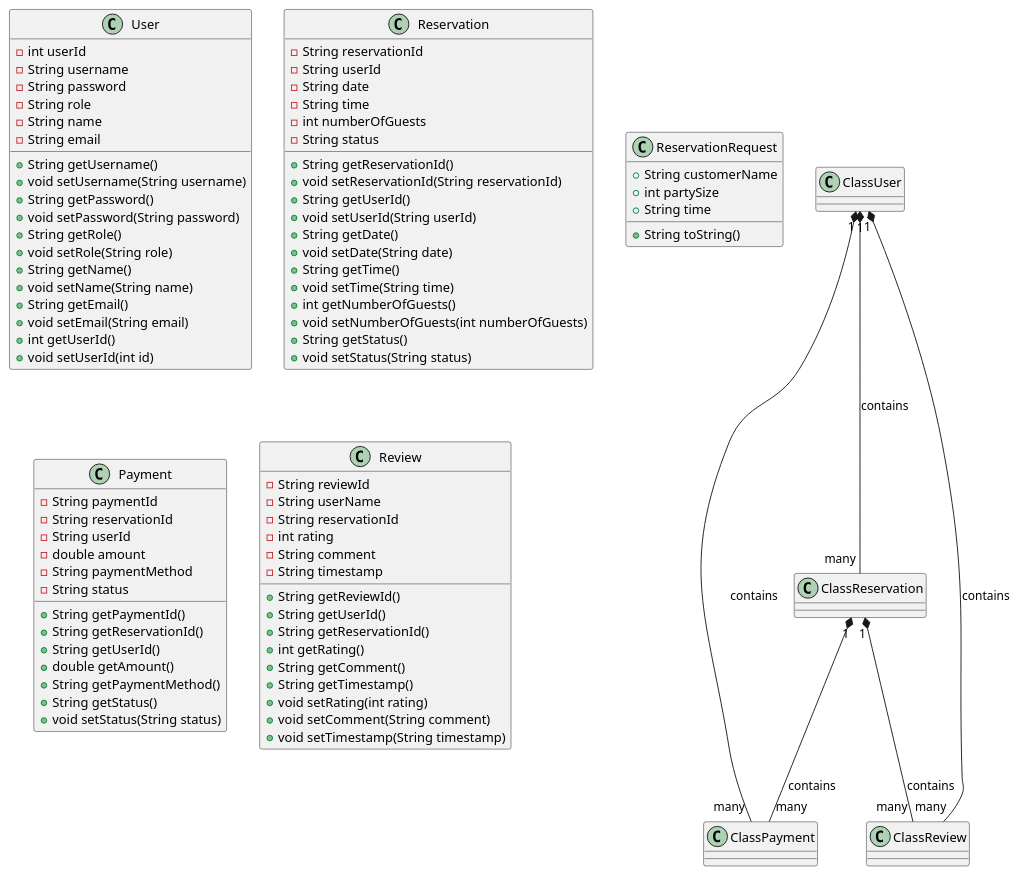
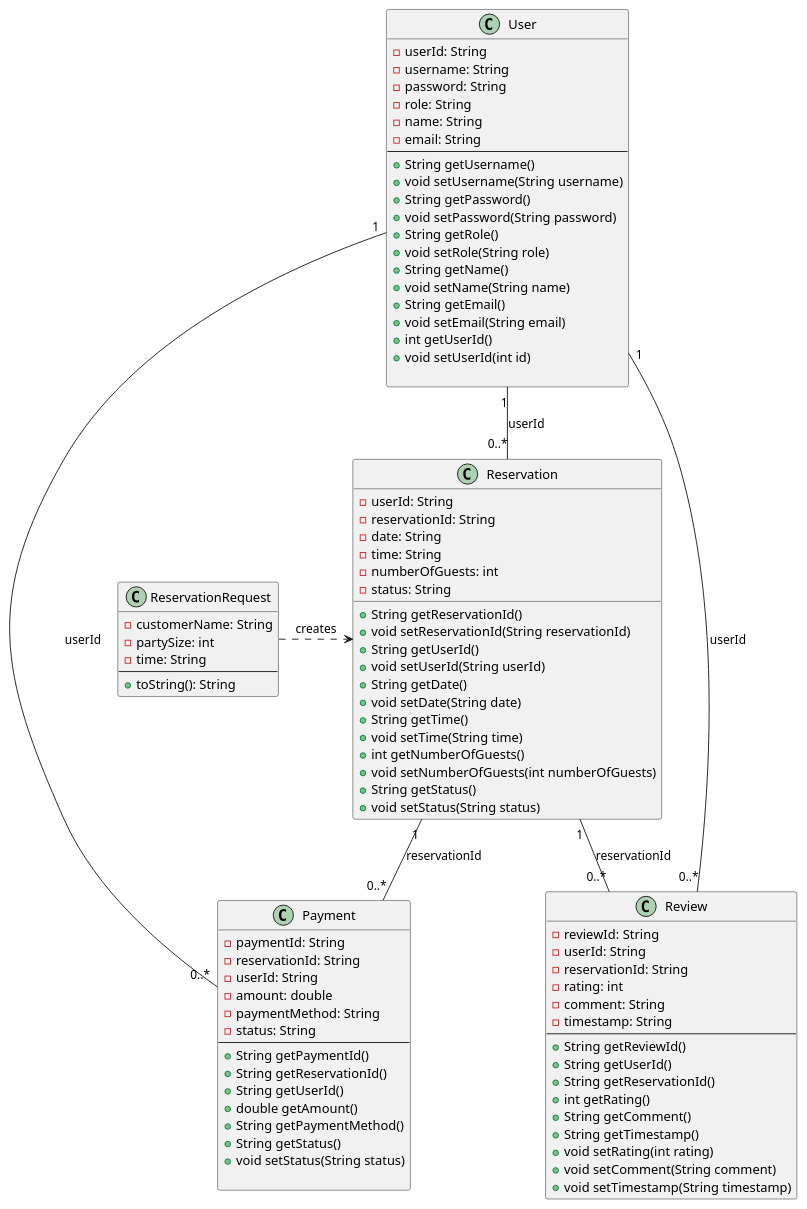
Before and after one commit to Pamindu-Rashmitha/RestaurantTableReservationPlatform-1-: the diagram in src/Restaurant-Table-Reservation-Platform.puml, drawn with PlantUML.

```diff
--- a/src/Restaurant-Table-Reservation-Platform.puml
+++ b/src/Restaurant-Table-Reservation-Platform.puml
@@ -1,105 +1,100 @@
 @startuml
-class User{
-    - int userId
-    - String username
-    - String password
-    - String role
-    - String name
-    - String email
-
-    + String getUsername()
-    + void setUsername(String username)
-    + String getPassword()
-    + void setPassword(String password)
-    + String getRole()
-    + void setRole(String role)
-    + String getName()
-    + void setName(String name)
-    + String getEmail()
-    + void setEmail(String email)
-    + int getUserId()
-    + void setUserId(int id)
-}
-
-class Reservation{
-      -String reservationId
-      - String userId
-      - String date
-      - String time
-      - int numberOfGuests
-      - String status
-
-      + String getReservationId()
-      + void setReservationId(String reservationId)
-      + String getUserId()
-      + void setUserId(String userId)
-      + String getDate()
-      + void setDate(String date)
-      + String getTime()
-      + void setTime(String time)
-      + int getNumberOfGuests()
-      + void setNumberOfGuests(int numberOfGuests)
-      + String getStatus()
-      + void setStatus(String status)
+class "User" {
+  - userId: String
+  - username: String
+  - password: String
+  - role: String
+  - name: String
+  - email: String
+  --
+      + String getUsername()
+      + void setUsername(String username)
+      + String getPassword()
+      + void setPassword(String password)
+      + String getRole()
+      + void setRole(String role)
+      + String getName()
+      + void setName(String name)
+      + String getEmail()
+      + void setEmail(String email)
+      + int getUserId()
+      + void setUserId(int id)
 
 }
 
-class ReservationRequest {
-    + String customerName
-    + int partySize
-    + String time
+class "Reservation" {
+  - userId: String
+  - reservationId: String
+  - date: String
+  - time: String
+  - numberOfGuests: int
+  - status: String
 
-    +String toString()
+        + String getReservationId()
+        + void setReservationId(String reservationId)
+        + String getUserId()
+        + void setUserId(String userId)
+        + String getDate()
+        + void setDate(String date)
+        + String getTime()
+        + void setTime(String time)
+        + int getNumberOfGuests()
+        + void setNumberOfGuests(int numberOfGuests)
+        + String getStatus()
+        + void setStatus(String status)
 
 }
 
-class Payment {
+class "ReservationRequest" {
+  - customerName: String
+  - partySize: int
+  - time: String
+  --
+  + toString(): String
+}
 
-   - String paymentId
-   - String reservationId
-   - String userId
-   - double amount
-   - String paymentMethod
-   - String status
-
-   + String getPaymentId()
-   + String getReservationId()
-   + String getUserId()
-   + double getAmount()
-   + String getPaymentMethod()
-   + String getStatus()
-   + void setStatus(String status)
+class "Payment" {
+  - paymentId: String
+  - reservationId: String
+  - userId: String
+  - amount: double
+  - paymentMethod: String
+  - status: String
+  --
+  + String getPaymentId()
+     + String getReservationId()
+     + String getUserId()
+     + double getAmount()
+     + String getPaymentMethod()
+     + String getStatus()
+     + void setStatus(String status)
 
 }
 
-class Review {
-
-   - String reviewId
-   - String userName
-   - String reservationId
-   - int rating
-   - String comment
-   - String timestamp
-
-   + String getReviewId()
-   + String getUserId()
-   + String getReservationId()
-   + int getRating()
-   + String getComment()
-   + String getTimestamp()
-   + void setRating(int rating)
-   + void setComment(String comment)
-   + void setTimestamp(String timestamp)
-
+class "Review" {
+  - reviewId: String
+  - userId: String
+  - reservationId: String
+  - rating: int
+  - comment: String
+  - timestamp: String
+  --
+  + String getReviewId()
+     + String getUserId()
+     + String getReservationId()
+     + int getRating()
+     + String getComment()
+     + String getTimestamp()
+     + void setRating(int rating)
+     + void setComment(String comment)
+     + void setTimestamp(String timestamp)
 }
 
-ClassUser "1" *-- "many" ClassPayment : contains
-ClassUser "1" *-- "many" ClassReview : contains
-ClassUser "1" *-- "many" ClassReservation : contains
-ClassReservation "1" *-- "many" ClassPayment : contains
-ClassReservation "1" *-- "many" ClassReview : contains
-
-
-
+User "1" -- "0..*" Reservation : userId
+User "1" -- "0..*" Payment : userId
+User "1" -- "0..*" Review : userId
+Reservation "1" -- "0..*" Payment : reservationId
+Reservation "1" -- "0..*" Review : reservationId
+ReservationRequest .> Reservation : creates
 
 @enduml
```
